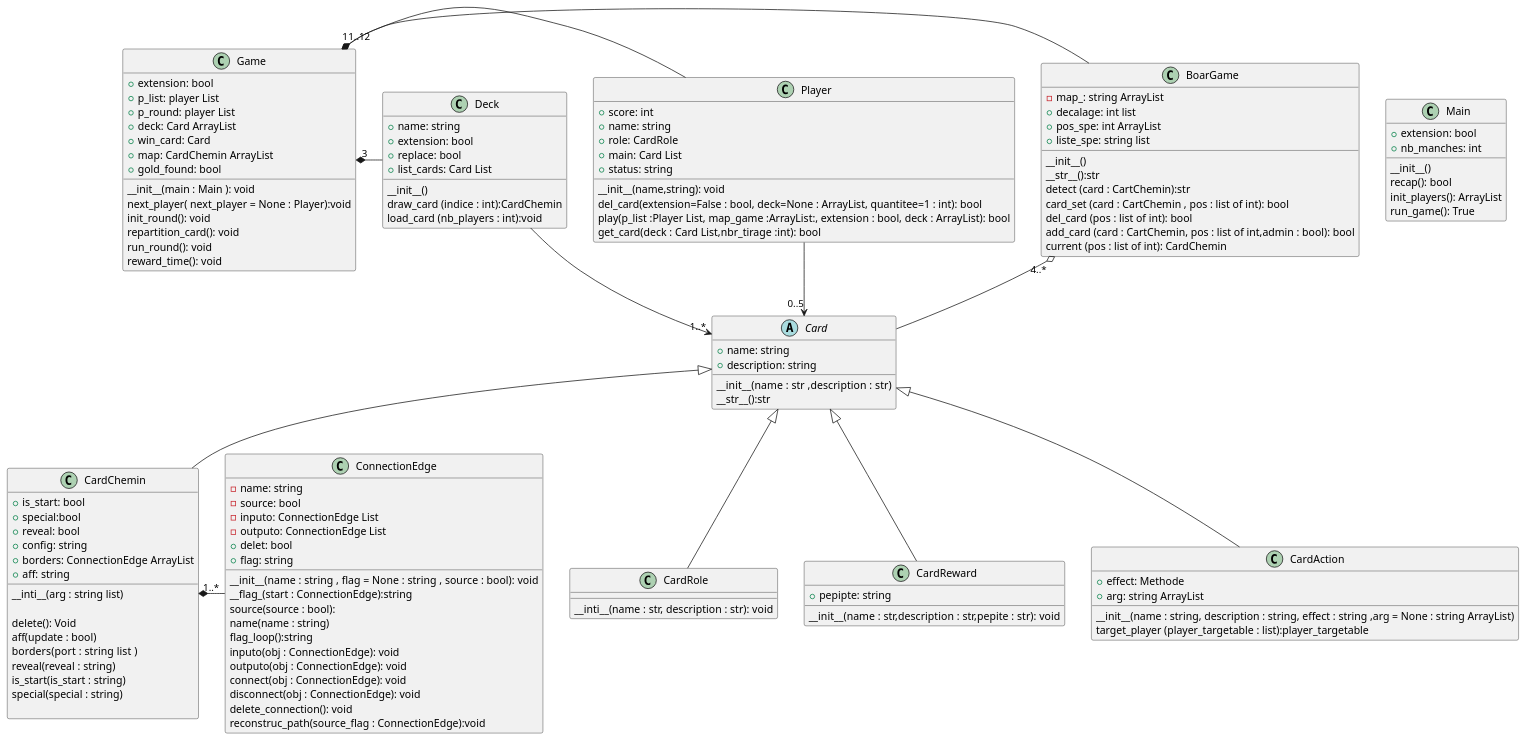
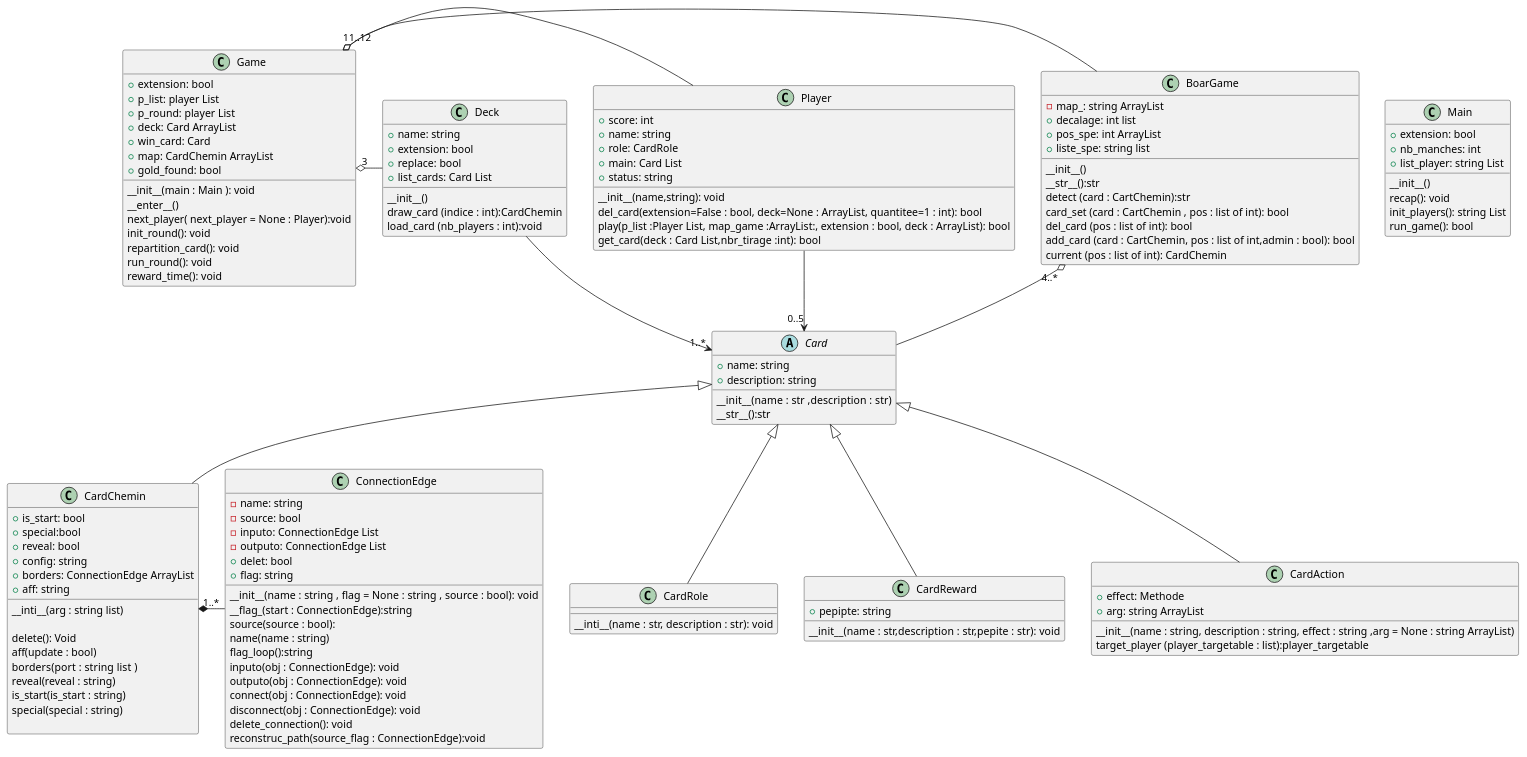
Before and after one commit to CocoLng/Kathon: the diagram in Saboteur.puml, drawn with PlantUML.

```diff
--- a/Saboteur.puml
+++ b/Saboteur.puml
@@ -1,159 +1,161 @@
 @startuml
 'https://plantuml.com/class-diagram
 class Main {
 +extension: bool
 +nb_manches: int
++list_player: string List
 __
 __init__()
-recap(): bool
-init_players(): ArrayList
-run_game(): True
+recap(): void
+init_players(): string List
+run_game(): bool
 }
 
 
 
 class Game{
 +extension: bool
 +p_list: player List
 +p_round: player List
 +deck: Card ArrayList
 +win_card: Card
 +map: CardChemin ArrayList
 +gold_found: bool
 __
 __init__(main : Main ): void
+__enter__()
 next_player( next_player = None : Player):void
 init_round(): void
 repartition_card(): void
 run_round(): void
 reward_time(): void
 }
 
-Game"1" *- BoarGame
-Game"1..12" *- Player
-Game"3" *- Deck
+Game"1" o- BoarGame
+Game"1..12" o- Player
+Game"3" o- Deck
 
 
 
 class BoarGame{
 -map_: string ArrayList
 +decalage: int list
 +pos_spe: int ArrayList
 +liste_spe: string list
 __
 __init__()
 __str__():str
 detect (card : CartChemin):str
 card_set (card : CartChemin , pos : list of int): bool
 del_card (pos : list of int): bool
 add_card (card : CartChemin, pos : list of int,admin : bool): bool
 current (pos : list of int): CardChemin
 }
 BoarGame "4..*" o-- Card
 
 class Player{
 +score: int
 +name: string
 +role: CardRole
 +main: Card List
 +status: string
 __
 __init__(name,string): void
 del_card(extension=False : bool, deck=None : ArrayList, quantitee=1 : int): bool
 play(p_list :Player List, map_game :ArrayList:, extension : bool, deck : ArrayList): bool
 get_card(deck : Card List,nbr_tirage :int): bool
 }
 Player --> "0..5" Card
 
 
 class Deck{
 +name: string
 +extension: bool
 +replace: bool
 +list_cards: Card List
 __
 __init__()
 draw_card (indice : int):CardChemin
 load_card (nb_players : int):void
 }
 Deck --> "1..*" Card
 
 
 
 abstract class Card{
 +name: string
 +description: string
 __
 __init__(name :  str ,description : str)
 __str__():str
 }
 
 Card <|-- CardChemin
 Card <|-- CardRole
 Card <|-- CardReward
 Card <|-- CardAction
 
 class CardRole{
 __
 __inti__(name : str, description : str): void
 }
 
 class CardReward{
 +pepipte: string
 __
 __init__(name : str,description : str,pepite : str): void
 }
 
 class CardAction{
 +effect: Methode
 +arg: string ArrayList
 __
 __init__(name : string, description : string, effect : string ,arg = None : string ArrayList)
 target_player (player_targetable : list):player_targetable
 }
 
 
 
 class CardChemin{
 +is_start: bool
 +special:bool
 +reveal: bool
 +config: string
 +borders: ConnectionEdge ArrayList
 +aff: string
 __
 __inti__(arg : string list)
 
 delete(): Void
 aff(update : bool)
 borders(port : string list  )
 reveal(reveal : string)
 is_start(is_start : string)
 special(special : string)
 
 }
 CardChemin"1..*" *- ConnectionEdge
 
 
 
 class ConnectionEdge{
 -name: string
 -source: bool
 -inputo: ConnectionEdge List
 -outputo: ConnectionEdge List
 +delet: bool
 +flag: string
 __
 __init__(name :  string , flag = None : string , source : bool): void
 __flag_(start : ConnectionEdge):string
 source(source : bool):
 name(name : string)
 flag_loop():string
 inputo(obj : ConnectionEdge): void
 outputo(obj : ConnectionEdge): void
 connect(obj : ConnectionEdge): void
 disconnect(obj : ConnectionEdge): void
 delete_connection(): void
 reconstruc_path(source_flag : ConnectionEdge):void
 }
 @enduml
```
